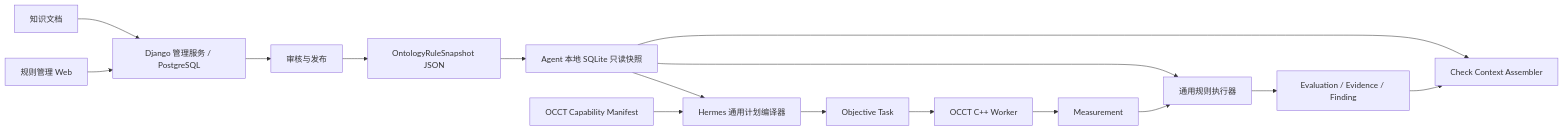
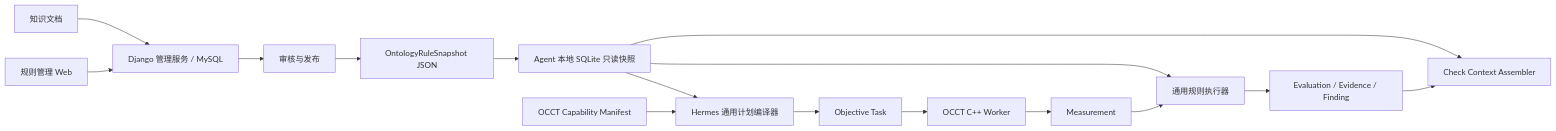
One commit to 1004860611/hermes-agent changed the diagram in docs/dfm-rule-catalog-database-design.md. Above: the diagram before and after it, drawn with Mermaid. The commit also changed other lines of this file and 4 other files, not shown here.

Commit message:
新增架构图及本体库文档：更正PostgreSQL

````diff
--- a/docs/dfm-rule-catalog-database-design.md
+++ b/docs/dfm-rule-catalog-database-design.md
@@ -41,18 +41,18 @@
 ```mermaid
 flowchart LR
-    W[规则管理 Web] --> M[Django 管理服务 / PostgreSQL]
+    W[规则管理 Web] --> M[Django 管理服务 / MySQL]
     K[知识文档] --> M
     M --> A[审核与发布]
     A --> P[OntologyRuleSnapshot JSON]
     P --> L[Agent 本地 SQLite 只读快照]
     C[OCCT Capability Manifest] --> H[Hermes 通用计划编译器]
     L --> H
     H --> O[Objective Task]
     O --> C2[OCCT C++ Worker]
     C2 --> E[Measurement]
     E --> R[通用规则执行器]
     L --> R
     R --> X[Evaluation / Evidence / Finding]
     L --> AI[Check Context Assembler]
     X --> AI
 ```
````
